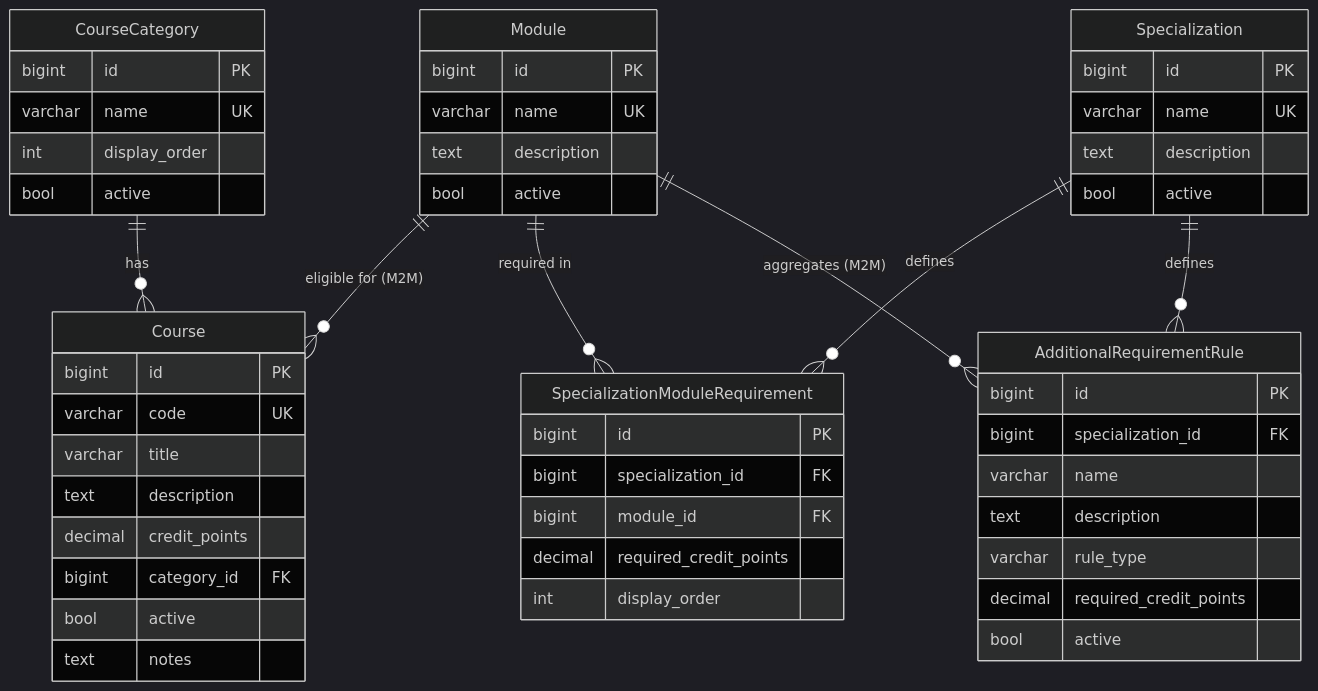
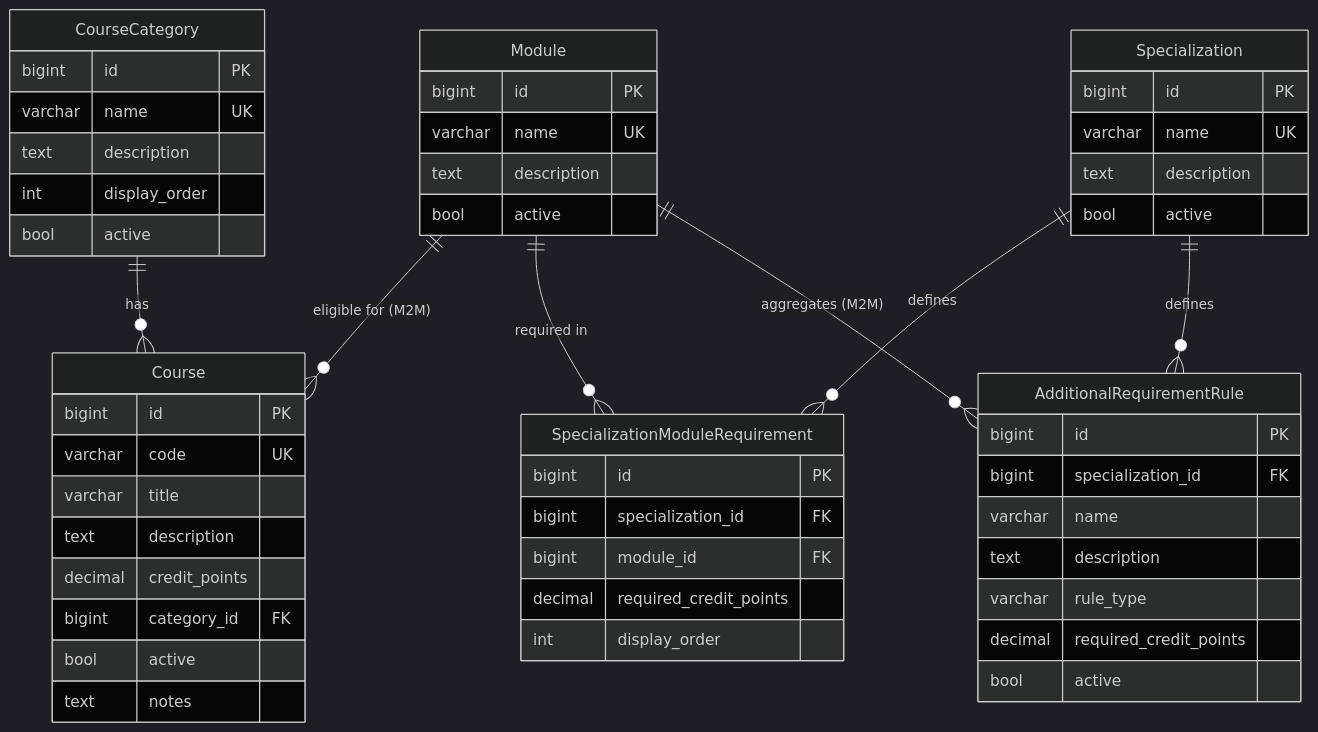
Before and after one commit to Mike-Devereux/Kurs-Plan: the diagram in db.md, drawn with Mermaid (dark theme). The commit also changed other lines of this file and 9 other files, not shown here.

````diff
--- a/db.md
+++ b/db.md
@@ -18,59 +18,60 @@
 ```mermaid
 erDiagram
     CourseCategory ||--o{ Course : "has"
     Module ||--o{ Course : "eligible for (M2M)"
     Specialization ||--o{ SpecializationModuleRequirement : "defines"
     Module ||--o{ SpecializationModuleRequirement : "required in"
     Specialization ||--o{ AdditionalRequirementRule : "defines"
     Module ||--o{ AdditionalRequirementRule : "aggregates (M2M)"
 
     CourseCategory {
         bigint id PK
         varchar name UK
+        text description
         int display_order
         bool active
     }
 
     Module {
         bigint id PK
         varchar name UK
         text description
         bool active
     }
 
     Course {
         bigint id PK
         varchar code UK
         varchar title
         text description
         decimal credit_points
         bigint category_id FK
         bool active
         text notes
     }
 
     Specialization {
         bigint id PK
         varchar name UK
         text description
         bool active
     }
 
     SpecializationModuleRequirement {
         bigint id PK
         bigint specialization_id FK
         bigint module_id FK
         decimal required_credit_points
         int display_order
     }
 
     AdditionalRequirementRule {
         bigint id PK
         bigint specialization_id FK
         varchar name
         text description
         varchar rule_type
         decimal required_credit_points
         bool active
     }
 ```
````
